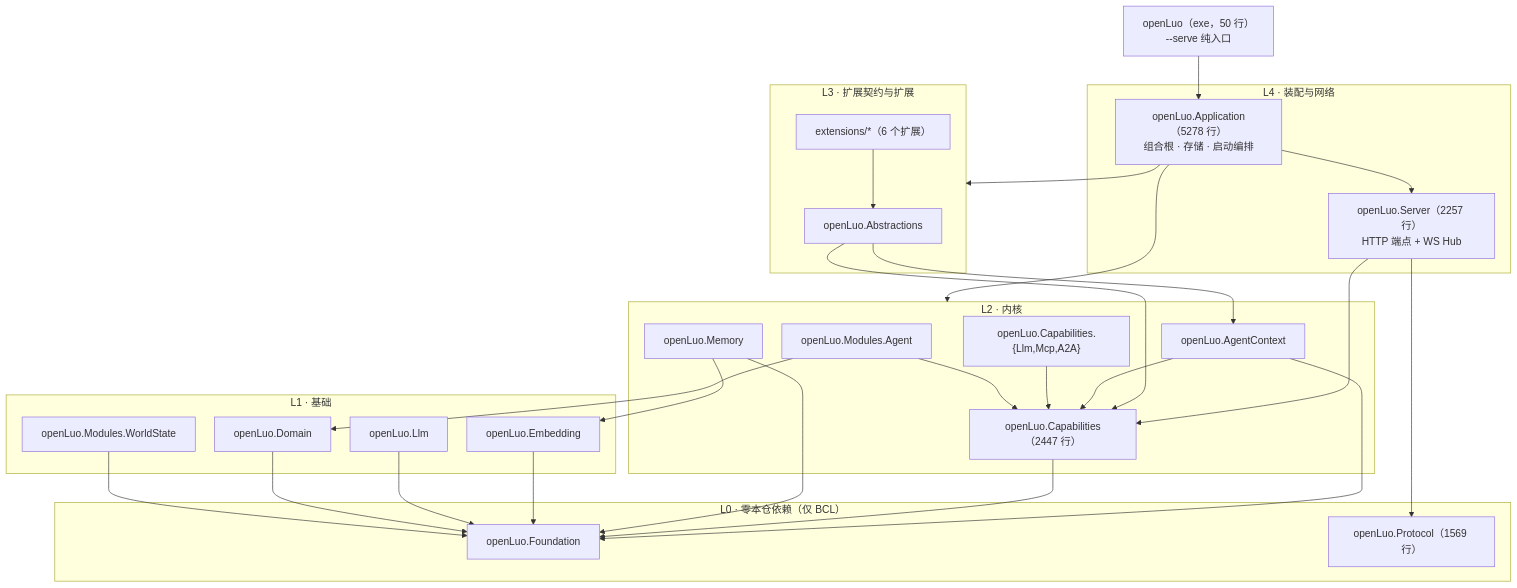
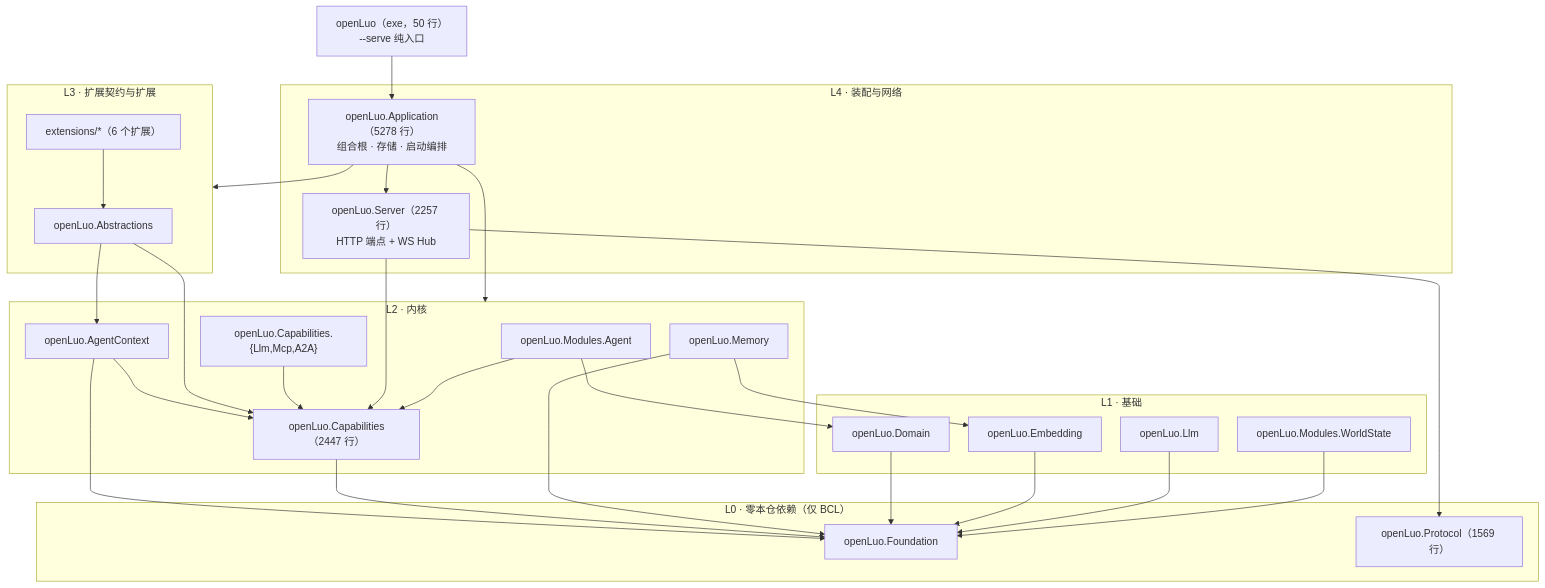
The first of 2 diagrams in docs/architecture/layers.md (Yoitsu-Holo/openLuo), drawn with Mermaid before and after one commit. The commit also changed other lines of this file and 191 other files, not shown here.

````diff
--- a/docs/architecture/layers.md
+++ b/docs/architecture/layers.md
@@ -26,51 +28,51 @@
 ```mermaid
 %%{init: {"flowchart": {"nodeSpacing": 30, "rankSpacing": 45, "curve": "basis"}}}%%
 graph TD
   EXE["openLuo（exe，50 行）<br/>--serve 纯入口"]
   subgraph L4["L4 · 装配与网络"]
     APP["openLuo.Application（5278 行）<br/>组合根 · 存储 · 启动编排"]
     SRV["openLuo.Server（2257 行）<br/>HTTP 端点 + WS Hub"]
   end
   subgraph L3["L3 · 扩展契约与扩展"]
     ABS["openLuo.Abstractions"]
     EXT["extensions/*（6 个扩展）"]
   end
   subgraph L2["L2 · 内核"]
     CAP["openLuo.Capabilities（2447 行）"]
     CTX["openLuo.AgentContext"]
     MEM["openLuo.Memory"]
     AGT["openLuo.Modules.Agent"]
     BR["openLuo.Capabilities.{Llm,Mcp,A2A}"]
   end
   subgraph L1["L1 · 基础"]
     DOM["openLuo.Domain"]
     LLM["openLuo.Llm"]
     EMB["openLuo.Embedding"]
     WS["openLuo.Modules.WorldState"]
   end
   subgraph L0["L0 · 零本仓依赖（仅 BCL）"]
     FND["openLuo.Foundation"]
     PRO["openLuo.Protocol（1569 行）"]
   end
   EXE --> APP
   APP --> SRV
+  APP --> L2
   APP --> L3
-  APP --> L2
-  SRV --> CAP
   SRV --> PRO
   EXT --> ABS
-  ABS --> CAP
   ABS --> CTX
   CTX --> CAP
   CTX --> FND
+  ABS --> CAP
   CAP --> FND
   BR --> CAP
+  SRV --> CAP
   AGT --> CAP
   AGT --> DOM
   MEM --> EMB
   MEM --> FND
+  DOM --> FND
   EMB --> FND
   LLM --> FND
-  DOM --> FND
   WS --> FND
 ```
````
